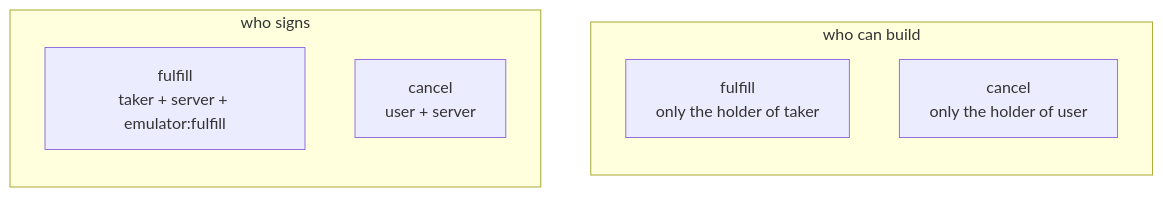
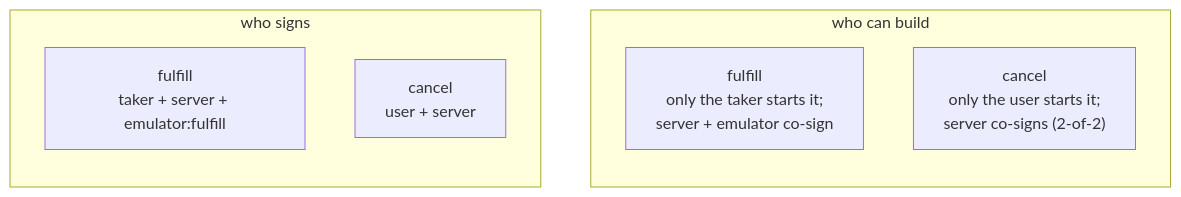
One commit to arkade-os/ts-sdk changed the fourth of 4 diagrams in packages/swap/src/contracts/README.md. Above: the diagram before and after it, drawn with Mermaid.

Commit message:
docs(swap): say who starts each spend in the contracts diagram
The "who can build" labels read as the full signer set: "cancel, only the
holder of user" was taken for a unilateral user spend. Cancel is a 2-of-2
of user and server; the label meant that only the user can start one. Both
labels now name who starts the spend and who co-signs it.

````diff
--- a/packages/swap/src/contracts/README.md
+++ b/packages/swap/src/contracts/README.md
@@ -56,12 +56,12 @@
 ```mermaid
 flowchart LR
   subgraph signs["who signs"]
     fk["fulfill<br/>taker + server + emulator:fulfill"]
     ck["cancel<br/>user + server"]
   end
   subgraph builds["who can build"]
-    fb["fulfill<br/>only the holder of taker"]
-    cb["cancel<br/>only the holder of user"]
+    fb["fulfill<br/>only the taker starts it;<br/>server + emulator co-sign"]
+    cb["cancel<br/>only the user starts it;<br/>server co-signs (2-of-2)"]
   end
   signs ~~~ builds
 ```
````
